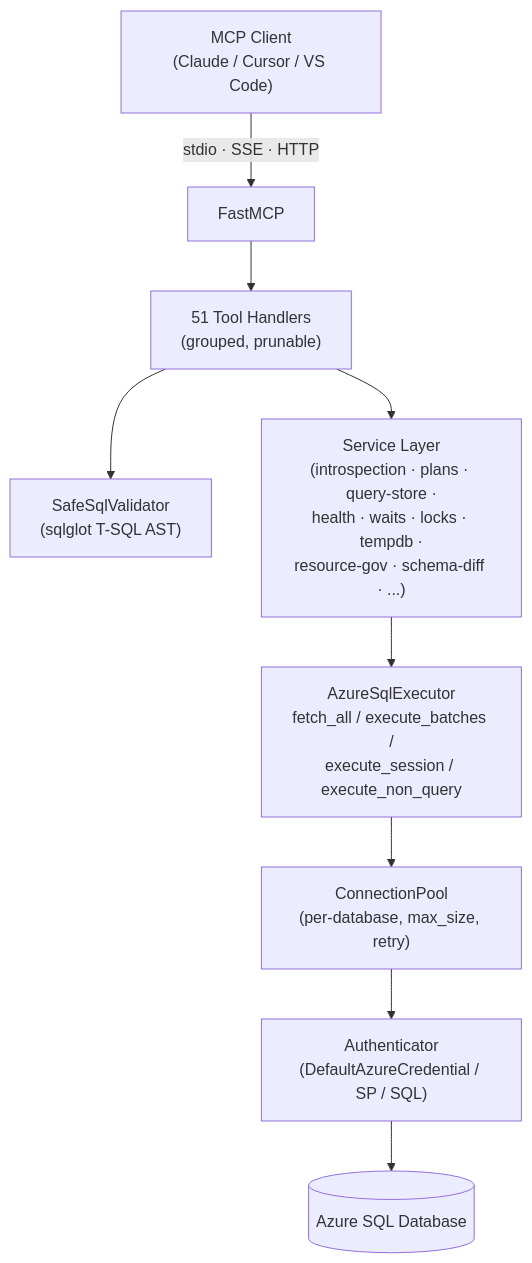
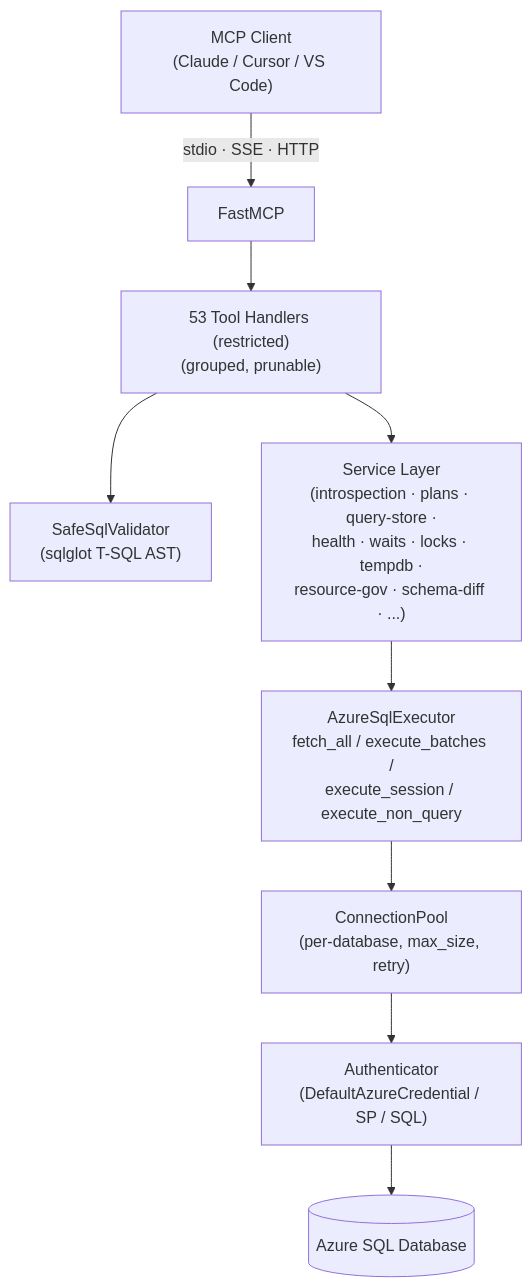
The diagram in README.md (akaalholdings/azure-sql-mcp), drawn with Mermaid before and after one commit. The commit also changed other lines of this file and 3 other files, not shown here.

````diff
--- a/README.md
+++ b/README.md
@@ -340,11 +341,11 @@
 ```mermaid
 graph TD
     Client["MCP Client<br/>(Claude / Cursor / VS Code)"] -->|stdio · SSE · HTTP| FastMCP
-    FastMCP --> Tools["51 Tool Handlers<br/>(grouped, prunable)"]
+    FastMCP --> Tools["53 Tool Handlers (restricted)<br/>(grouped, prunable)"]
     Tools --> Validator["SafeSqlValidator<br/>(sqlglot T-SQL AST)"]
     Tools --> Services["Service Layer<br/>(introspection · plans · query-store ·<br/>health · waits · locks · tempdb ·<br/>resource-gov · schema-diff · ...)"]
     Services --> Executor["AzureSqlExecutor<br/>fetch_all / execute_batches /<br/>execute_session / execute_non_query"]
     Executor --> Pool["ConnectionPool<br/>(per-database, max_size, retry)"]
     Pool --> Auth["Authenticator<br/>(DefaultAzureCredential / SP / SQL)"]
     Auth --> AzureSQL[("Azure SQL Database")]
 ```
````
